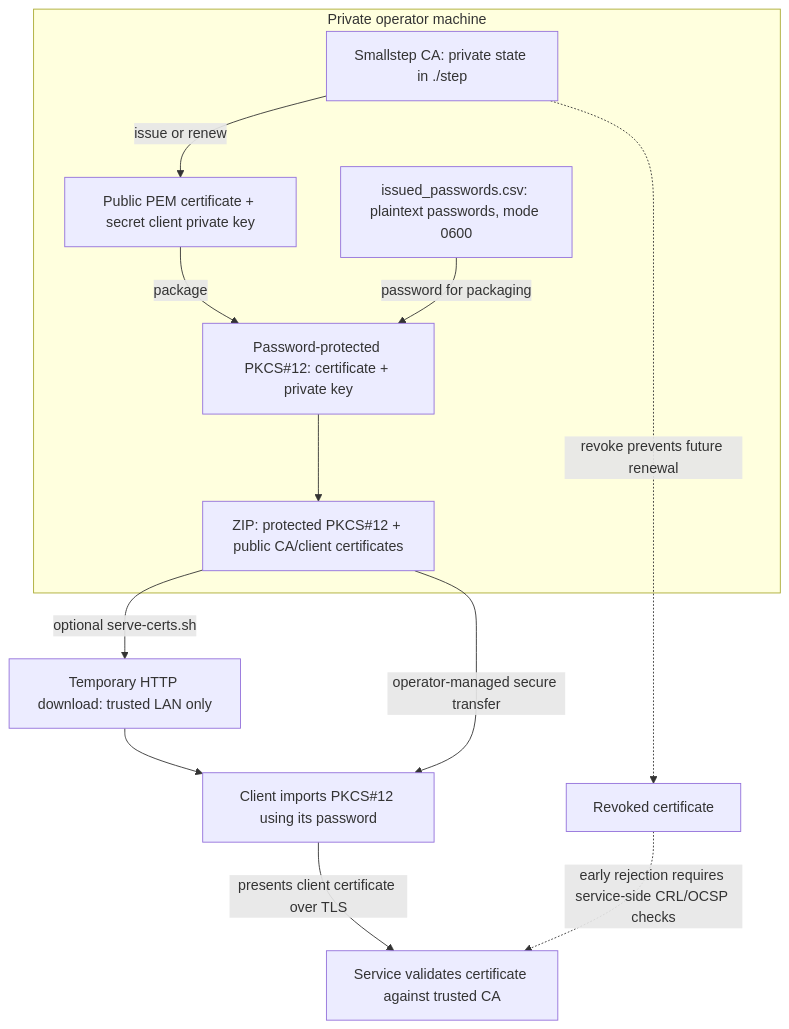
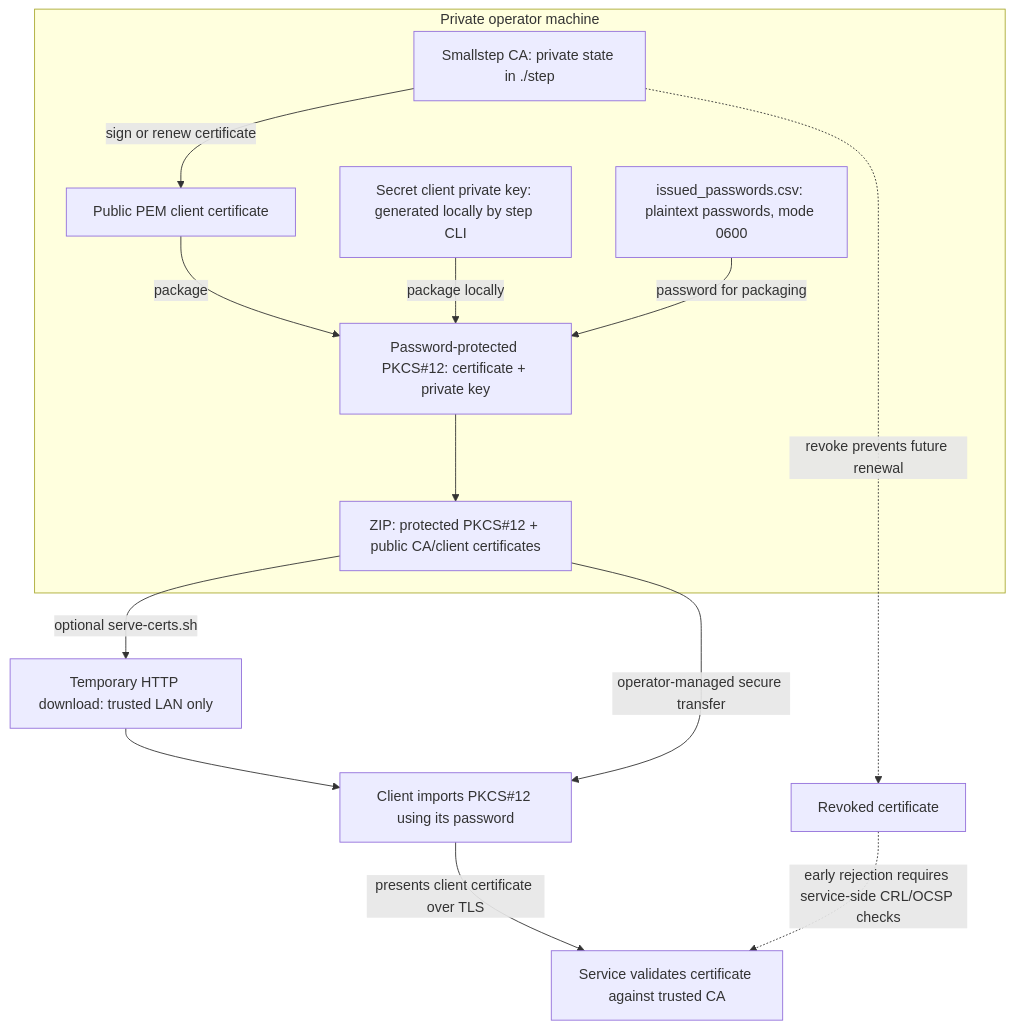
Before and after one commit to alsd4git/mtls-cli: the diagram in README.md, drawn with Mermaid. The commit also changed other lines of this file, not shown here.

Commit message:
docs(security): 📝 distinguish local key generation from CA signing

````diff
--- a/README.md
+++ b/README.md
@@ -37,20 +37,22 @@
 ```mermaid
 flowchart TD
     subgraph Local[Private operator machine]
         CA["Smallstep CA: private state in ./step"]
-        PEM["Public PEM certificate + secret client private key"]
+        CERT["Public PEM client certificate"]
+        KEY["Secret client private key: generated locally by step CLI"]
         CSV["issued_passwords.csv: plaintext passwords, mode 0600"]
         P12["Password-protected PKCS#12: certificate + private key"]
         ZIP["ZIP: protected PKCS#12 + public CA/client certificates"]
-        CA -->|issue or renew| PEM
-        PEM -->|package| P12
+        CA -->|sign or renew certificate| CERT
+        CERT -->|package| P12
+        KEY -->|package locally| P12
         CSV -->|password for packaging| P12
         P12 --> ZIP
     end
     ZIP -->|optional serve-certs.sh| HTTP["Temporary HTTP download: trusted LAN only"]
     HTTP --> CLIENT["Client imports PKCS#12 using its password"]
     ZIP -->|operator-managed secure transfer| CLIENT
     CLIENT -->|presents client certificate over TLS| SERVICE["Service validates certificate against trusted CA"]
     CA -.->|revoke prevents future renewal| REVOKED["Revoked certificate"]
     REVOKED -.->|early rejection requires service-side CRL/OCSP checks| SERVICE
 ```
````
